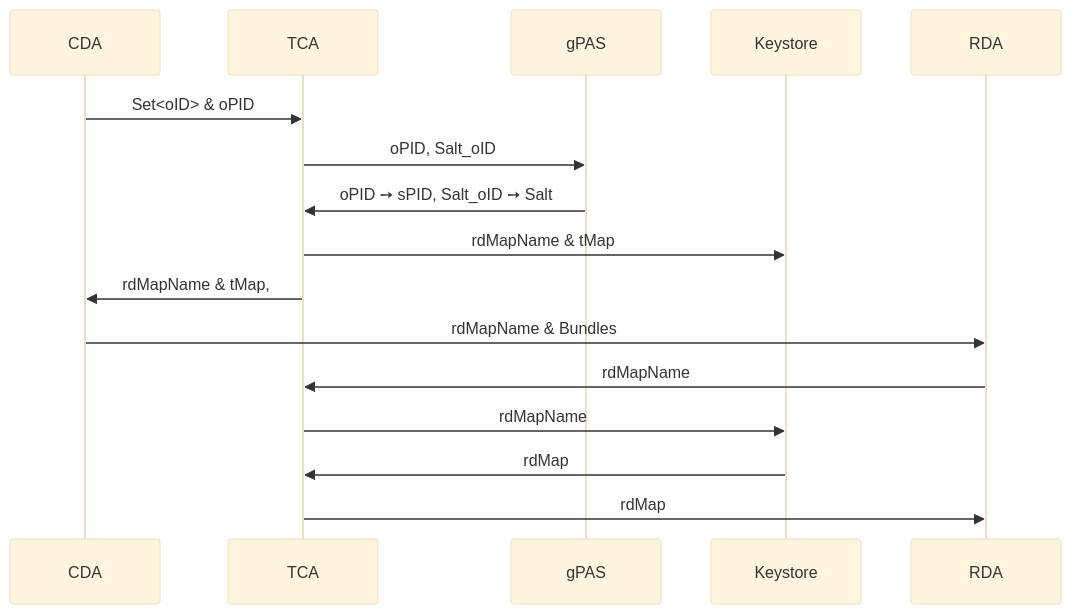
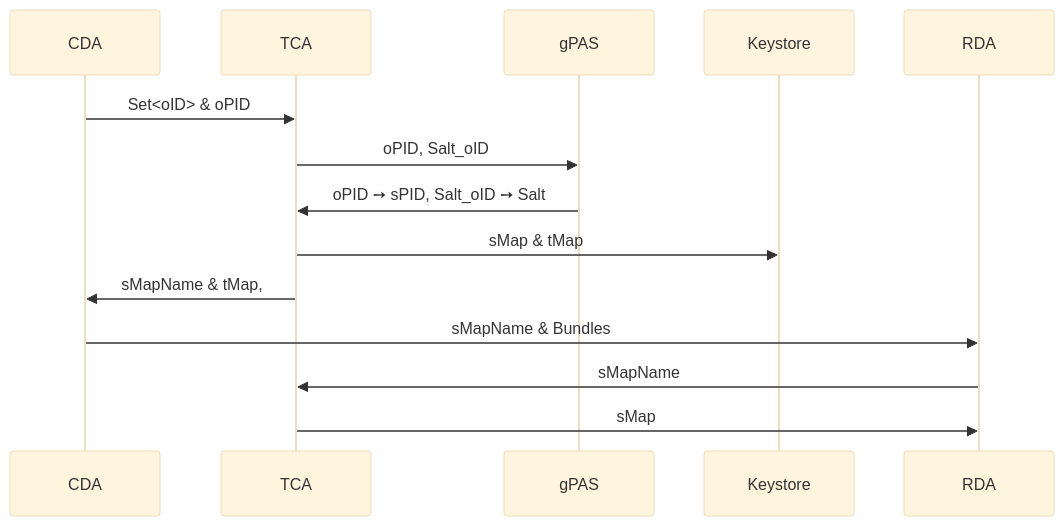
Before and after one commit to medizininformatik-initiative/fts-next: the diagram in docs/details/pseudonymisierung.md, drawn with Mermaid (base theme). The commit also changed other lines of this file and 1 other file, not shown here.

````diff
--- a/docs/details/pseudonymisierung.md
+++ b/docs/details/pseudonymisierung.md
@@ -55,13 +56,11 @@
 ```mermaid
 sequenceDiagram
     CDA ->> TCA: Set<oID> & oPID
     TCA ->> gPAS: oPID, Salt_oID
     gPAS ->> TCA: oPID ➙ sPID, Salt_oID ➙ Salt
-    TCA ->> Keystore: rdMapName & tMap
-    TCA ->> CDA: rdMapName & tMap,
-    CDA ->> RDA: rdMapName & Bundles
-    RDA ->> TCA: rdMapName
-    TCA ->> Keystore: rdMapName
-    Keystore ->> TCA: rdMap
-    TCA ->> RDA: rdMap
+    TCA ->> Keystore: sMap & tMap
+    TCA ->> CDA: sMapName & tMap,
+    CDA ->> RDA: sMapName & Bundles
+    RDA ->> TCA: sMapName
+    TCA ->> RDA: sMap
 ```
````
